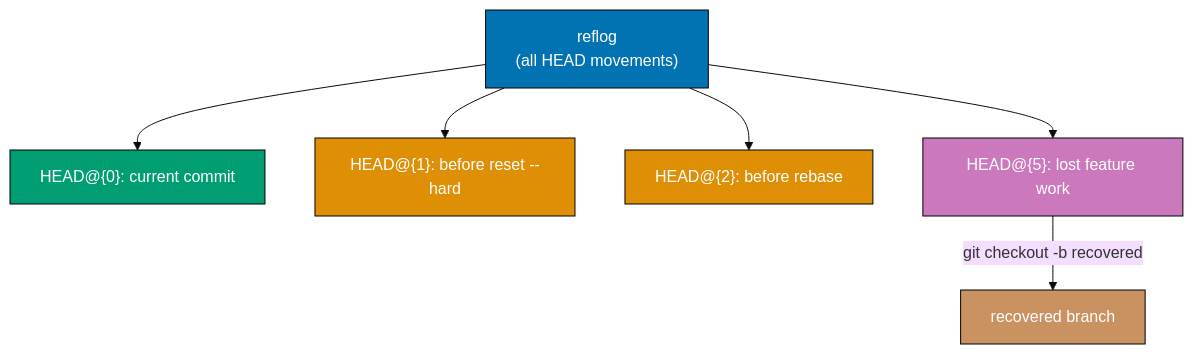
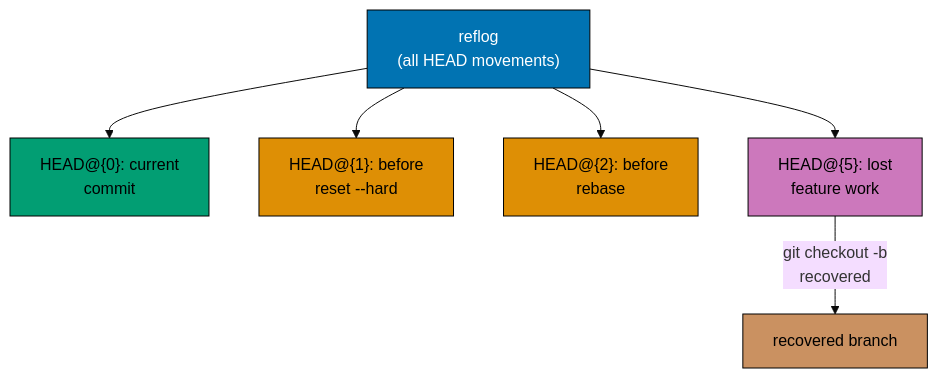
Before and after one commit to wahidyankf/ose-public: diagram 14 of 14 in apps/ayokoding-www/content/en/learn/legacy/software-engineering/automation-tools/git/by-example/advanced.md, drawn with Mermaid (base theme). The commit also changed other lines of this file and 131 other files, not shown here.

First line of the commit message:
fix(mermaid): bring the legacy data, infrastructure, and testing diagrams onto the accessible palette

````diff
--- a/apps/ayokoding-www/content/en/learn/legacy/software-engineering/automation-tools/git/by-example/advanced.md
+++ b/apps/ayokoding-www/content/en/learn/legacy/software-engineering/automation-tools/git/by-example/advanced.md
@@ -1880,22 +1951,30 @@
 ```mermaid
 %% Color Palette: Blue #0173B2, Orange #DE8F05, Teal #029E73, Purple #CC78BC, Brown #CA9161
 graph TD
+    accTitle: Example 88: Git Reflog — Recovering Lost Commits and Branches
+    accDescr: Graph with 7 nodes and 6 connections. Nodes: reflog (all HEAD movements), HEAD@0: current commit, C2, hard, HEAD@2: before rebase, HEAD@5: lost feature work, recovered branch. Connections: C2 to hard, reflog (all HEAD movements) to HEAD@0: current commit, reflog (all HEAD movements) to C2, reflog (all HEAD movements) to HEAD@2: before rebase, reflog (all HEAD movements) to HEAD@5: lost feature work, HEAD@5: lost feature work to recovered branch (git checkout -b recovered).
     R["reflog<br/>(all HEAD movements)"]
-    C1["HEAD@{0}: current commit"]
-    C2["HEAD@{1}: before reset --hard"]
-    C3["HEAD@{2}: before rebase"]
-    C4["HEAD@{5}: lost feature work"]
+    C1["HEAD@{0}: current<br/>commit"]
+    C2["HEAD@{1}: before<br/>reset --hard"]
+    C3["HEAD@{2}: before<br/>rebase"]
+    C4["HEAD@{5}: lost<br/>feature work"]
 
     R --> C1
     R --> C2
     R --> C3
     R --> C4
-    C4 -->|git checkout -b recovered| REC["recovered branch"]
+    C4 -->|git checkout -b<br/>recovered| REC["recovered branch"]
 
-    style R fill:#0173B2,stroke:#000,color:#fff
-    style C1 fill:#029E73,stroke:#000,color:#fff
-    style C2 fill:#DE8F05,stroke:#000,color:#fff
-    style C3 fill:#DE8F05,stroke:#000,color:#fff
-    style C4 fill:#CC78BC,stroke:#000,color:#fff
-    style REC fill:#CA9161,stroke:#000,color:#fff
+    classDef pal-0173B2 fill:#0173B2,stroke:#000000,color:#FFFFFF
+    class R pal-0173B2
+    classDef pal-029E73 fill:#029E73,stroke:#000000,color:#000000
+    class C1 pal-029E73
+    classDef pal-DE8F05 fill:#DE8F05,stroke:#000000,color:#000000
+    class C2 pal-DE8F05
+    class C3 pal-DE8F05
+    classDef pal-CC78BC fill:#CC78BC,stroke:#000000,color:#000000
+    class C4 pal-CC78BC
+    classDef pal-CA9161 fill:#CA9161,stroke:#000000,color:#000000
+    class REC pal-CA9161
+    classDef default fill:#FFFFFF,stroke:#000000,color:#000000
 ```
````
